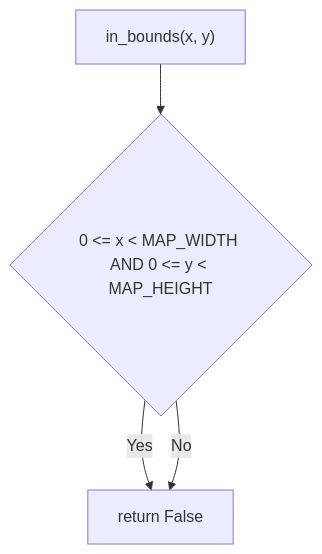
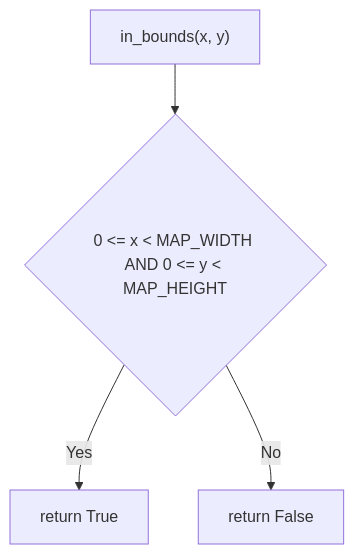
One commit to Askemanden/dasSpiel changed the seventh of 16 diagrams in README.md. Above: the diagram before and after it, drawn with Mermaid. The commit also changed other lines of this file, not shown here.

Commit message:
Fix duplicate values in flowchart

````diff
--- a/README.md
+++ b/README.md
@@ -524,6 +524,6 @@
 ```mermaid
 flowchart TD
     A["in_bounds(x, y)"] --> B{"0 <= x < MAP_WIDTH AND 0 <= y < MAP_HEIGHT"}
-    B -- Yes --> Z["return True"]
+    B -- Yes --> Y["return True"]
     B -- No --> Z["return False"]
 ```
````
